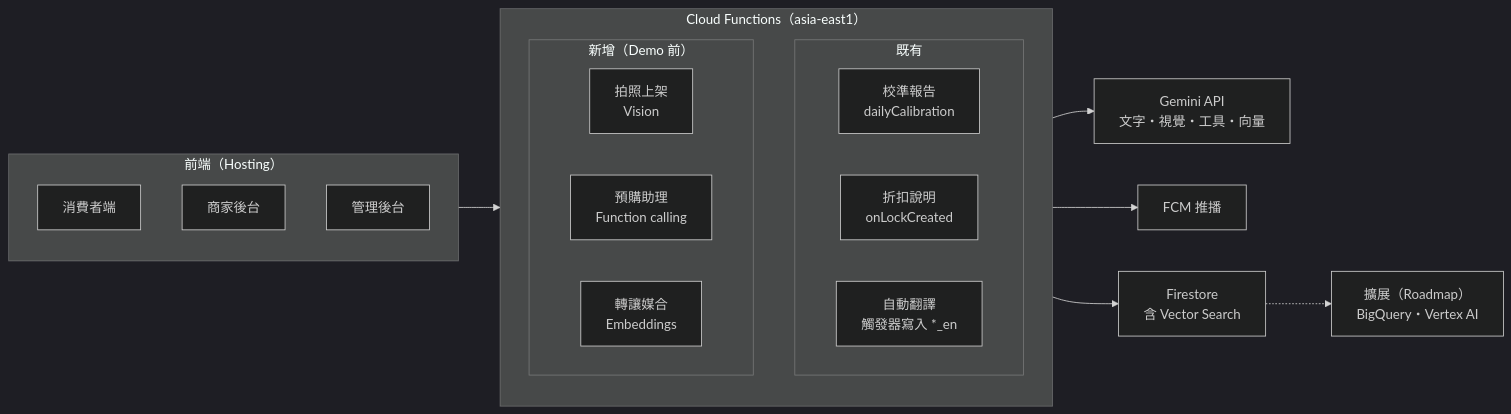
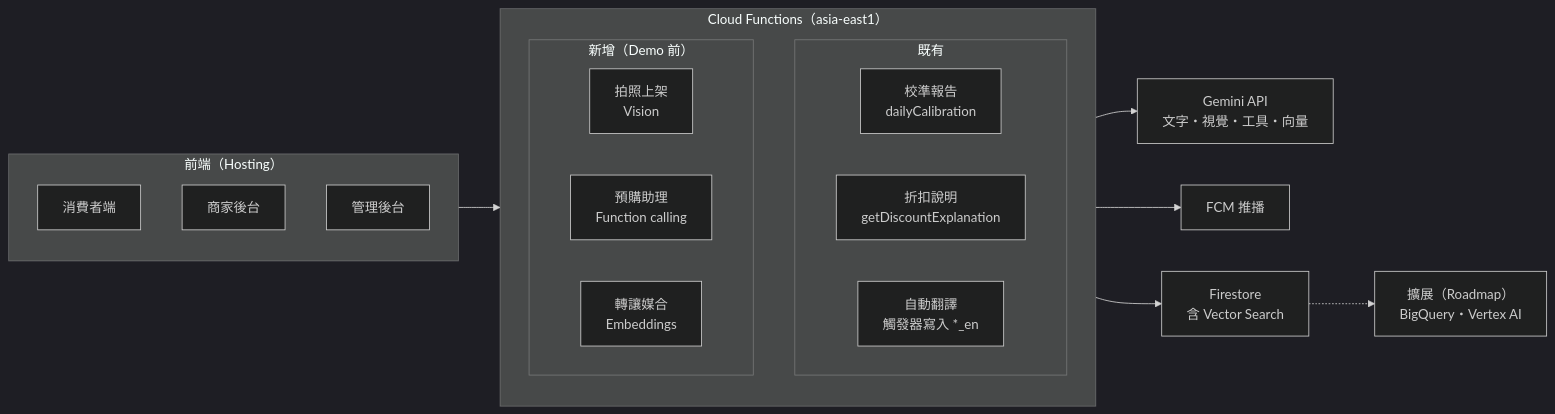
One commit to Donna12301230/bunnbaa-mvp changed the diagram in doc/AI功能設計.md. Above: the diagram before and after it, drawn with Mermaid (dark theme). The commit also changed other lines of this file and 20 other files, not shown here.

````diff
--- a/doc/AI功能設計.md
+++ b/doc/AI功能設計.md
@@ -87,25 +87,25 @@
 ```mermaid
 flowchart LR
   subgraph FE["前端（Hosting）"]
     C[消費者端]
     V[商家後台]
     A[管理後台]
   end
   subgraph CF["Cloud Functions（asia-east1）"]
     subgraph OLD["既有"]
       F1["校準報告<br/>dailyCalibration"]
-      F2["折扣說明<br/>onLockCreated"]
+      F2["折扣說明<br/>getDiscountExplanation"]
       F3["自動翻譯<br/>觸發器寫入 *_en"]
     end
     subgraph NEW["新增（Demo 前）"]
       N1["拍照上架<br/>Vision"]
       N2["預購助理<br/>Function calling"]
       N3["轉讓媒合<br/>Embeddings"]
     end
   end
   FE --> CF
   CF --> G["Gemini API<br/>文字・視覺・工具・向量"]
   CF --> P[FCM 推播]
   CF --> D["Firestore<br/>含 Vector Search"]
   D -.-> B["擴展（Roadmap）<br/>BigQuery・Vertex AI"]
 ```
````
